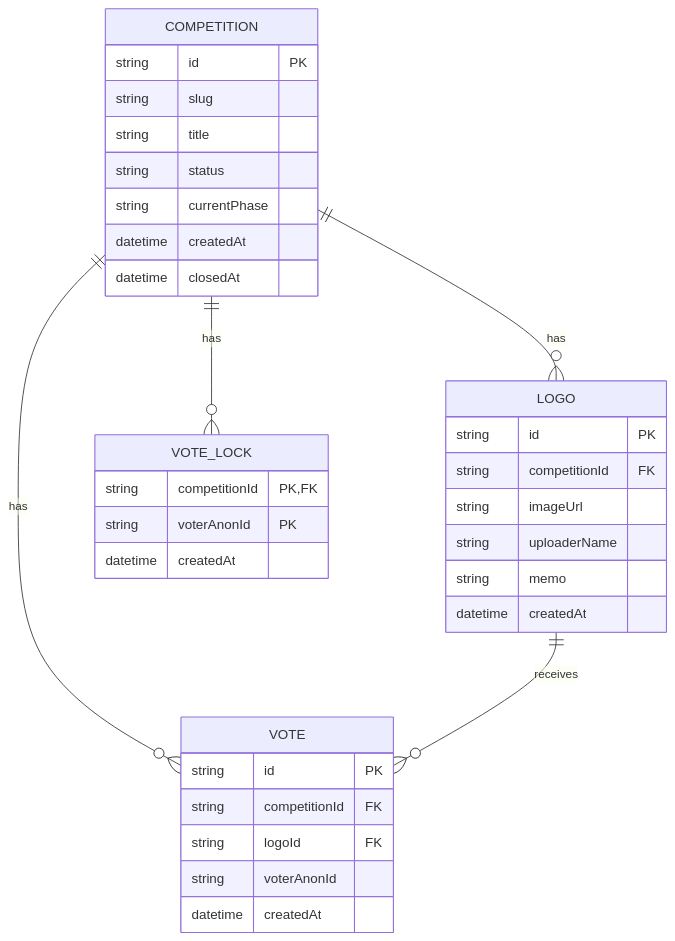
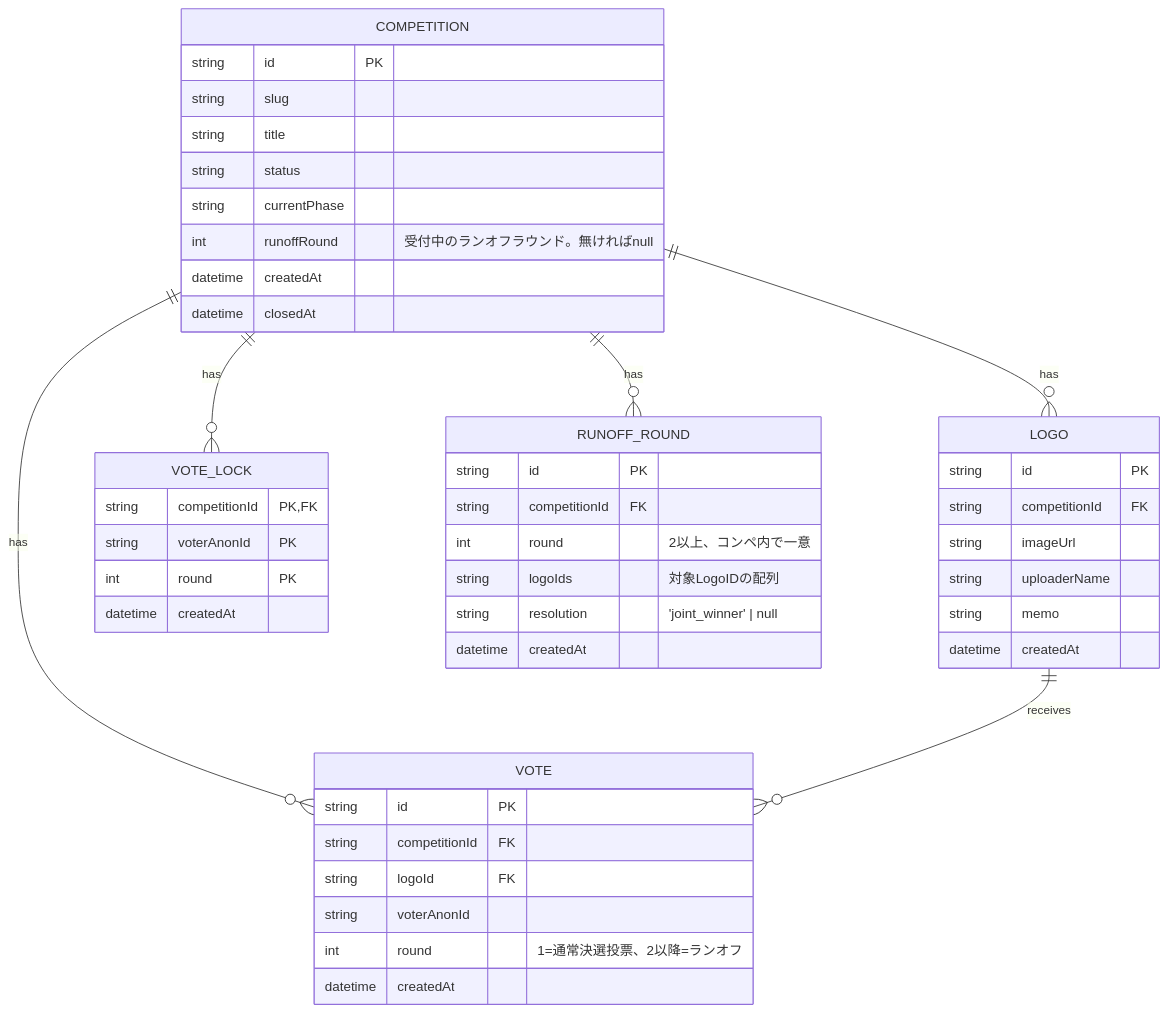
The second of 11 diagrams in docs/functional-design.md (lewisia02/SwipeMatch), drawn with Mermaid before and after one commit. The commit also changed other lines of this file and 62 other files, not shown here.

````diff
--- a/docs/functional-design.md
+++ b/docs/functional-design.md
@@ -113,36 +135,48 @@
 ```mermaid
 erDiagram
     COMPETITION ||--o{ LOGO : has
     COMPETITION ||--o{ VOTE : has
     COMPETITION ||--o{ VOTE_LOCK : has
+    COMPETITION ||--o{ RUNOFF_ROUND : has
     LOGO ||--o{ VOTE : receives
     COMPETITION {
         string id PK
         string slug
         string title
         string status
         string currentPhase
+        int runoffRound "受付中のランオフラウンド。無ければnull"
         datetime createdAt
         datetime closedAt
     }
     LOGO {
         string id PK
         string competitionId FK
         string imageUrl
         string uploaderName
         string memo
         datetime createdAt
     }
     VOTE {
         string id PK
         string competitionId FK
         string logoId FK
         string voterAnonId
+        int round "1=通常決選投票、2以降=ランオフ"
         datetime createdAt
     }
     VOTE_LOCK {
         string competitionId PK, FK
         string voterAnonId PK
+        int round PK
+        datetime createdAt
+    }
+    RUNOFF_ROUND {
+        string id PK
+        string competitionId FK
+        int round "2以上、コンペ内で一意"
+        string logoIds "対象LogoIDの配列"
+        string resolution "'joint_winner' | null"
         datetime createdAt
     }
 ```
````
